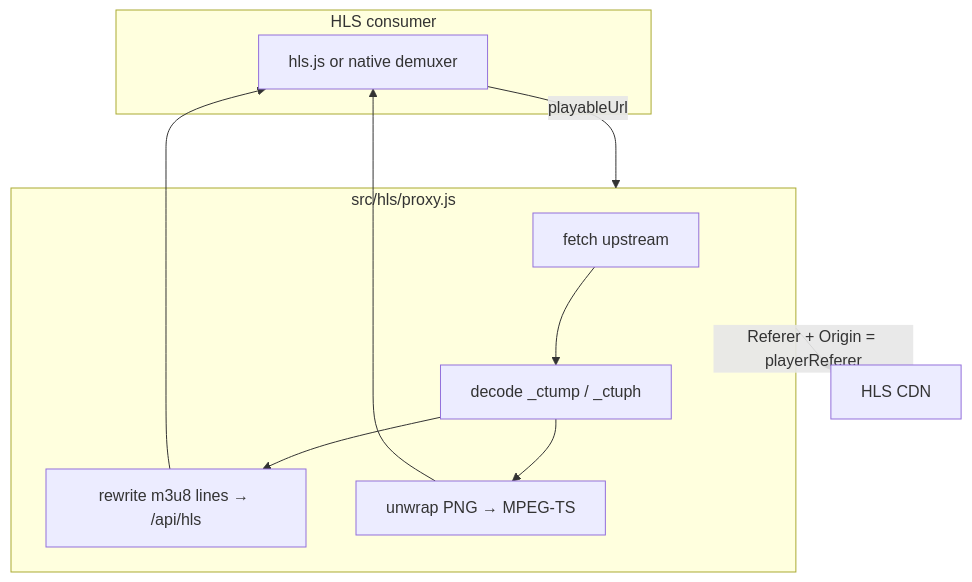
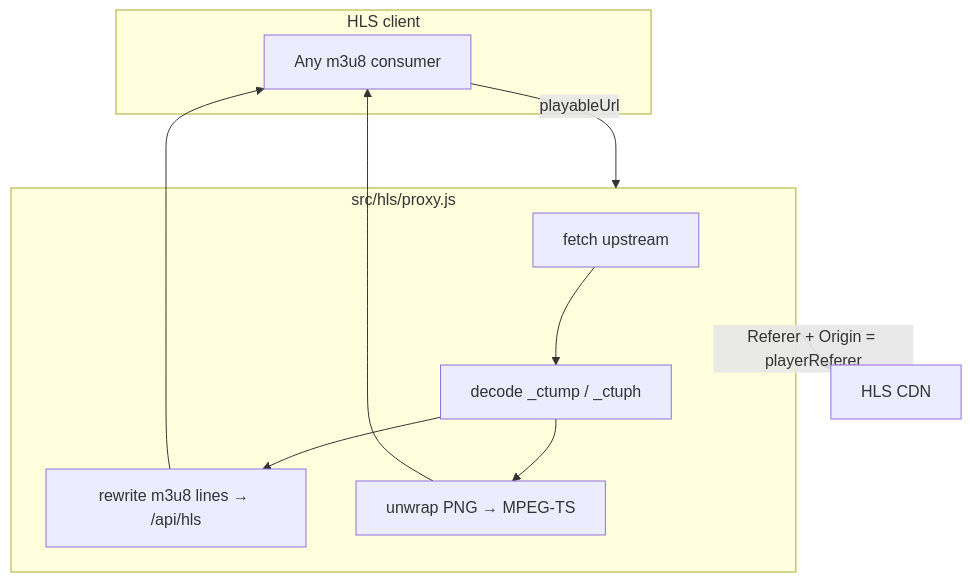
Before and after one commit to MMonterrosaSV/fctv33-stream-resolver: the second of 2 diagrams in README.md, drawn with Mermaid. The commit also changed other lines of this file, not shown here.

Commit message:
expand README with quick start, features, use cases, HLS playback, REST API reference, and FAQ

````diff
--- a/README.md
+++ b/README.md
@@ -79,22 +179,22 @@
 ```mermaid
 flowchart TB
-  subgraph consumer ["HLS consumer"]
-    HLS["hls.js or native demuxer"]
+  subgraph consumer ["HLS client"]
+    HLS["Any m3u8 consumer"]
   end
 
   subgraph proxy ["src/hls/proxy.js"]
     F["fetch upstream"]
     D["decode _ctump / _ctuph"]
     W["rewrite m3u8 lines → /api/hls"]
     U["unwrap PNG → MPEG-TS"]
     F --> D
     D --> W
     D --> U
   end
 
   CDN["HLS CDN"]
   HLS -->|playableUrl| proxy
   proxy -->|Referer + Origin = playerReferer| CDN
   W --> HLS
   U --> HLS
 ```
````
